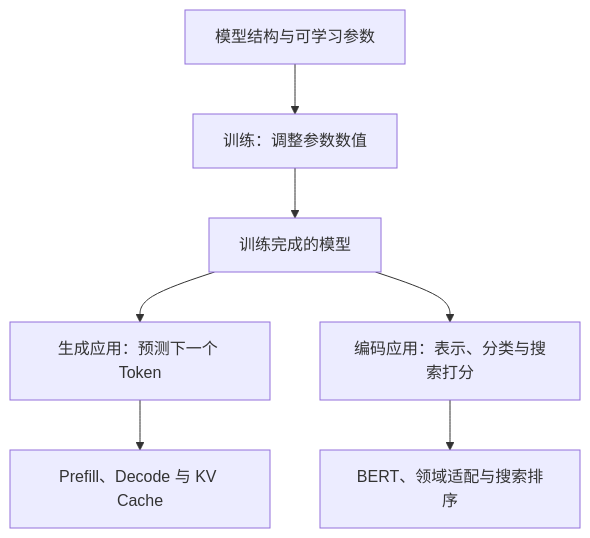
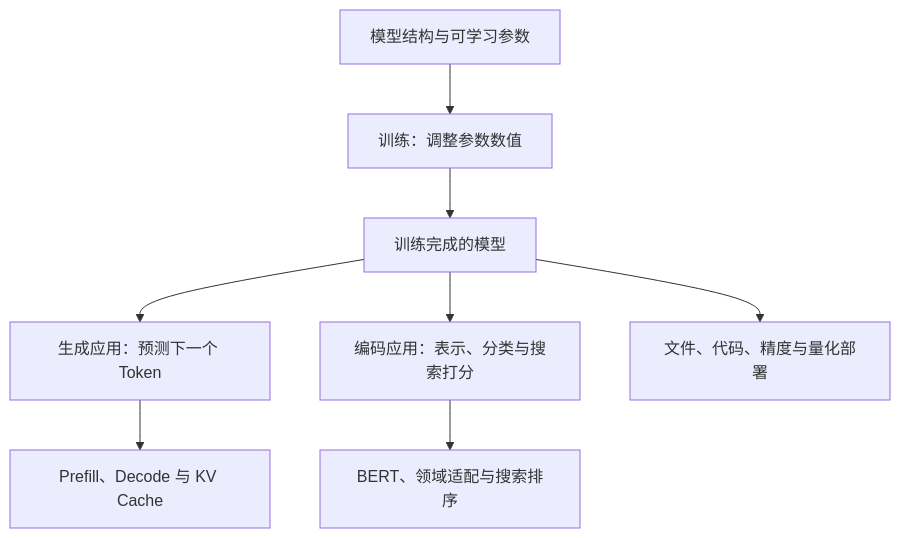
Before and after one commit to owen1699/ai-notes: the first of 9 diagrams in wiki/2026-11-01-大模型基础学习笔记.md, drawn with Mermaid. The commit also changed other lines of this file and 4 other files, not shown here.

````diff
--- a/wiki/2026-11-01-大模型基础学习笔记.md
+++ b/wiki/2026-11-01-大模型基础学习笔记.md
@@ -37,9 +42,10 @@
 ```mermaid
 flowchart TD
     A["模型结构与可学习参数"] --> B["训练：调整参数数值"]
     B --> C["训练完成的模型"]
     C --> D["生成应用：预测下一个 Token"]
     C --> E["编码应用：表示、分类与搜索打分"]
     D --> F["Prefill、Decode 与 KV Cache"]
     E --> G["BERT、领域适配与搜索排序"]
+    C --> H["文件、代码、精度与量化部署"]
 ```
````
